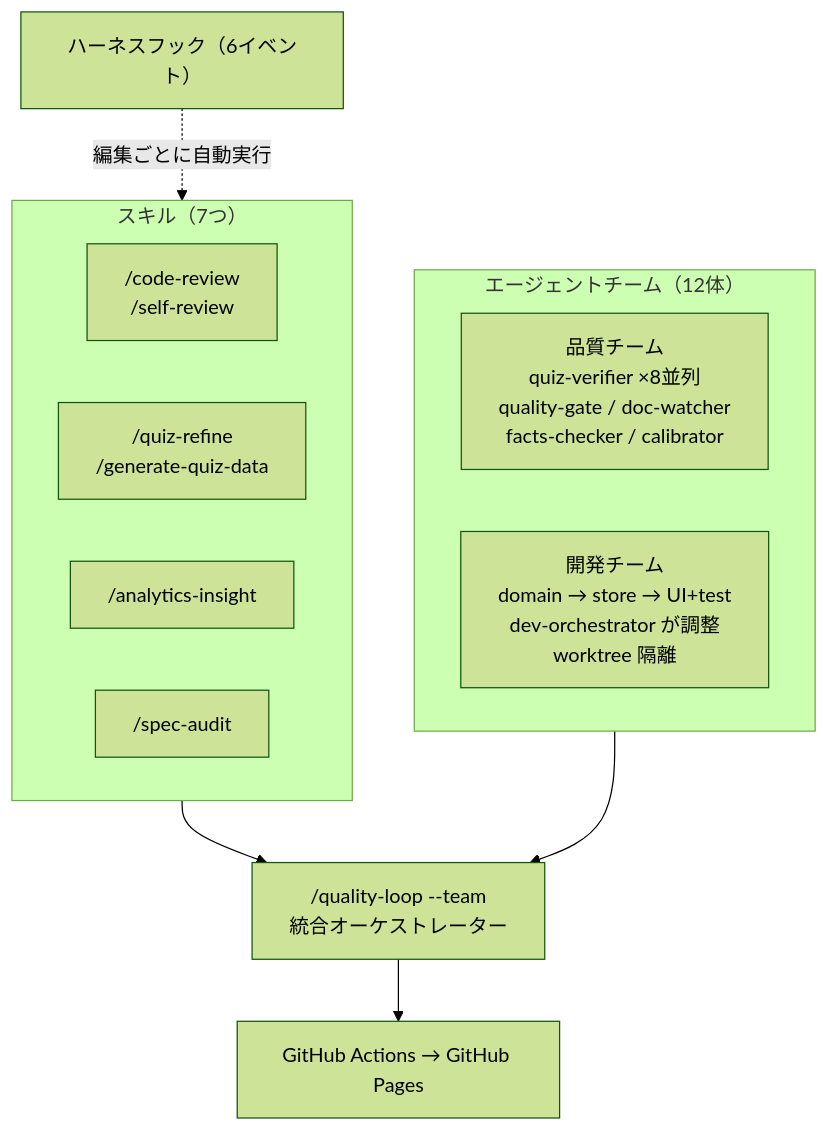
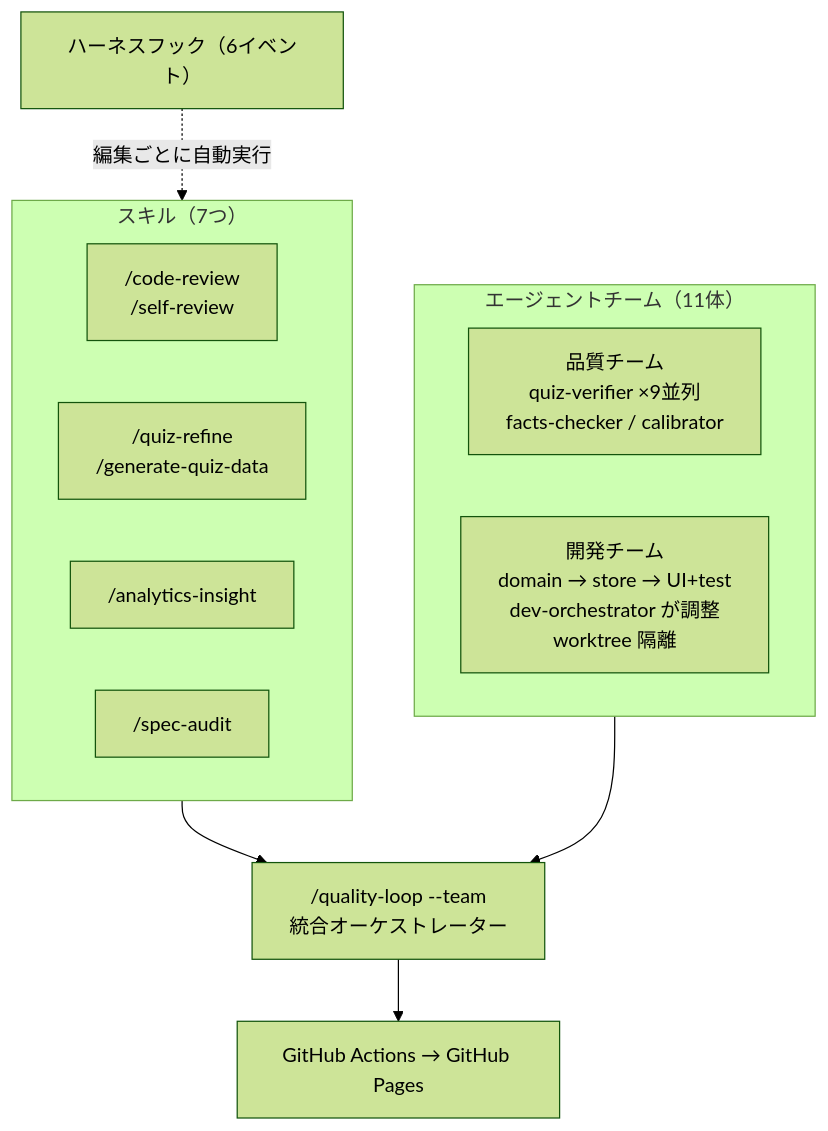
The second of 2 diagrams in docs/automation.md (ip-san/claude-code-quiz), drawn with Mermaid (forest theme) before and after one commit. The commit also changed other lines of this file and 18 other files, not shown here.

````diff
--- a/docs/automation.md
+++ b/docs/automation.md
@@ -113,24 +110,24 @@
 ```mermaid
 flowchart TD
   subgraph skills["スキル（7つ）"]
     S1["/code-review\n/self-review"]
     S2["/quiz-refine\n/generate-quiz-data"]
     S3["/analytics-insight"]
     S4["/spec-audit"]
   end
 
-  subgraph agents["エージェントチーム（12体）"]
+  subgraph agents["エージェントチーム（11体）"]
     direction LR
-    A1["品質チーム\nquiz-verifier ×8並列\nquality-gate / doc-watcher\nfacts-checker / calibrator"]
+    A1["品質チーム\nquiz-verifier ×9並列\nfacts-checker / calibrator"]
     A2["開発チーム\ndomain → store → UI+test\ndev-orchestrator が調整\nworktree 隔離"]
   end
 
   QL["/quality-loop --team\n統合オーケストレーター"]
   CI["GitHub Actions → GitHub Pages"]
   HK["ハーネスフック（6イベント）"]
 
   skills --> QL
   agents --> QL
   QL --> CI
   HK -. "編集ごとに自動実行" .-> skills
 ```
````
